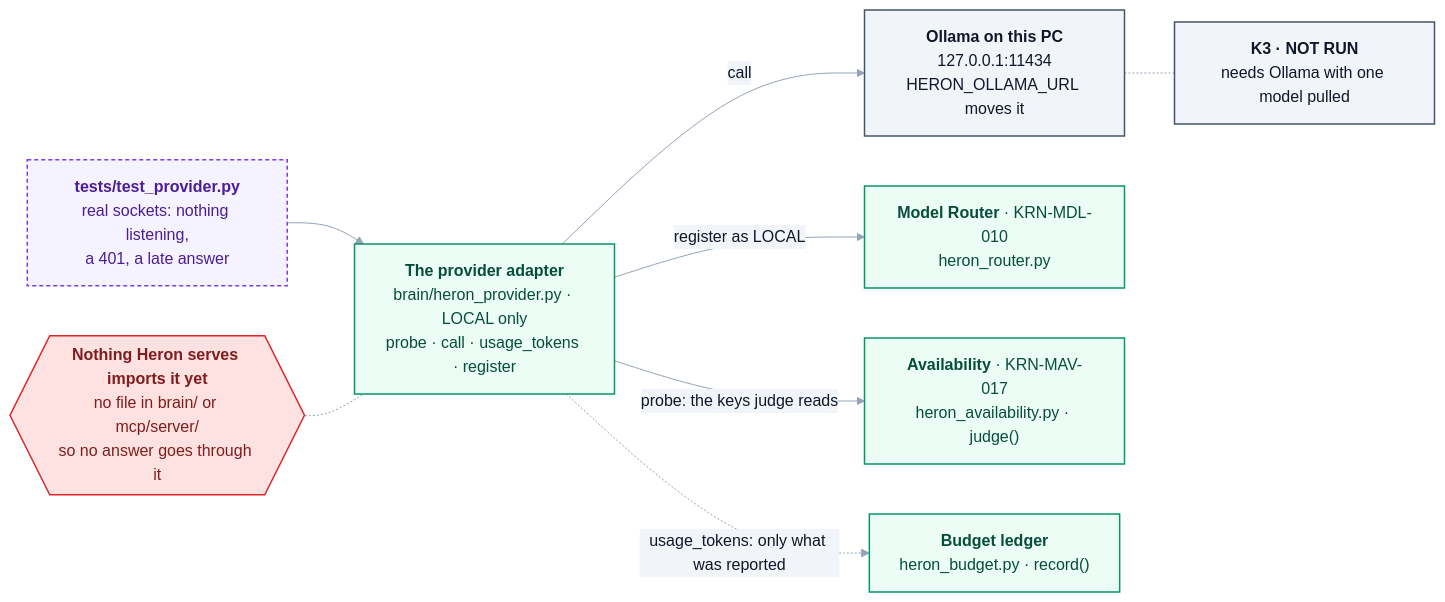
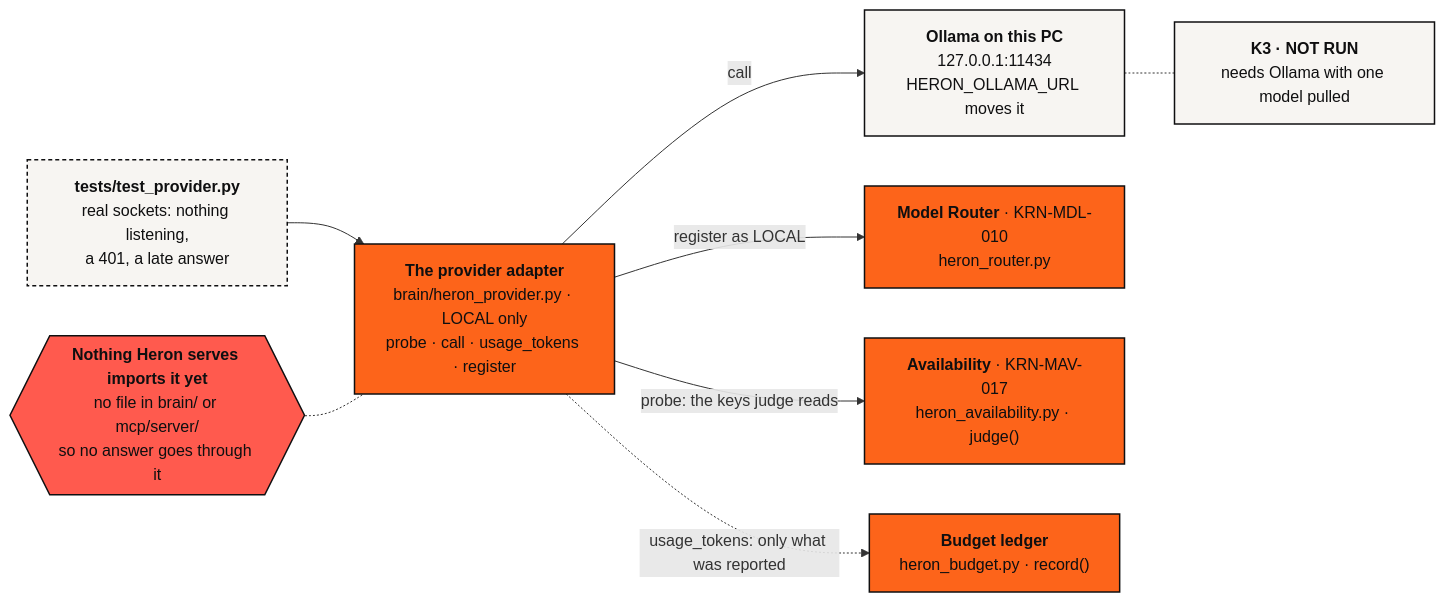
The diagram in docs/37-the-provider-adapter.md (Ajmalpshaik/Heron-AI), drawn with Mermaid before and after one commit. The commit also changed 44 other files, not shown here.

First line of the commit message:
Diagrams in the other docs move to the brand palette (D-149, #1116)

````diff
--- a/docs/37-the-provider-adapter.md
+++ b/docs/37-the-provider-adapter.md
@@ -32,29 +32,28 @@
 ```mermaid
-%%{init: {"themeVariables": {"edgeLabelBackground":"#F1F5F9","lineColor":"#94A3B8","textColor":"#0F172A","tertiaryTextColor":"#0F172A"}}}%%
 flowchart LR
     T["<b>tests/test_provider.py</b><br/>real sockets: nothing listening,<br/>a 401, a late answer"]
     P["<b>The provider adapter</b><br/>brain/heron_provider.py · LOCAL only<br/>probe · call · usage_tokens · register"]
     O["<b>Ollama on this PC</b><br/>127.0.0.1:11434<br/>HERON_OLLAMA_URL moves it"]
     R["<b>Model Router</b> · KRN-MDL-010<br/>heron_router.py"]
     A["<b>Availability</b> · KRN-MAV-017<br/>heron_availability.py · judge()"]
     L["<b>Budget ledger</b><br/>heron_budget.py · record()"]
     S{{"<b>Nothing Heron serves imports it yet</b><br/>no file in brain/ or mcp/server/<br/>so no answer goes through it"}}
     K3["<b>K3 · NOT RUN</b><br/>needs Ollama with one model pulled"]
 
     T --> P
     P -->|"call"| O
     P -->|"register as LOCAL"| R
     P -->|"probe: the keys judge reads"| A
     P -.->|"usage_tokens: only what was reported"| L
     S -.- P
     O -.- K3
 
-    classDef user fill:#F1F5F9,stroke:#475569,stroke-width:1.5px,color:#0F172A
-    classDef brain fill:#ECFDF5,stroke:#059669,stroke-width:1.5px,color:#064E3B
-    classDef revit fill:#FEE2E2,stroke:#DC2626,stroke-width:1.5px,color:#7F1D1D
-    classDef plat fill:#F5F3FF,stroke:#7C3AED,stroke-width:1.5px,color:#4C1D95,stroke-dasharray:4 3
+    classDef user fill:#F7F5F2,stroke:#0F0F10,stroke-width:1.5px,color:#0F0F10
+    classDef brain fill:#FD641A,stroke:#0F0F10,stroke-width:1.5px,color:#0F0F10
+    classDef revit fill:#FF5A4E,stroke:#0F0F10,stroke-width:1.5px,color:#0F0F10
+    classDef plat fill:#F7F5F2,stroke:#0F0F10,stroke-width:1.5px,color:#0F0F10,stroke-dasharray:4 3
     class P,R,A,L brain
     class T plat
     class O,K3 user
     class S revit
 ```
````
